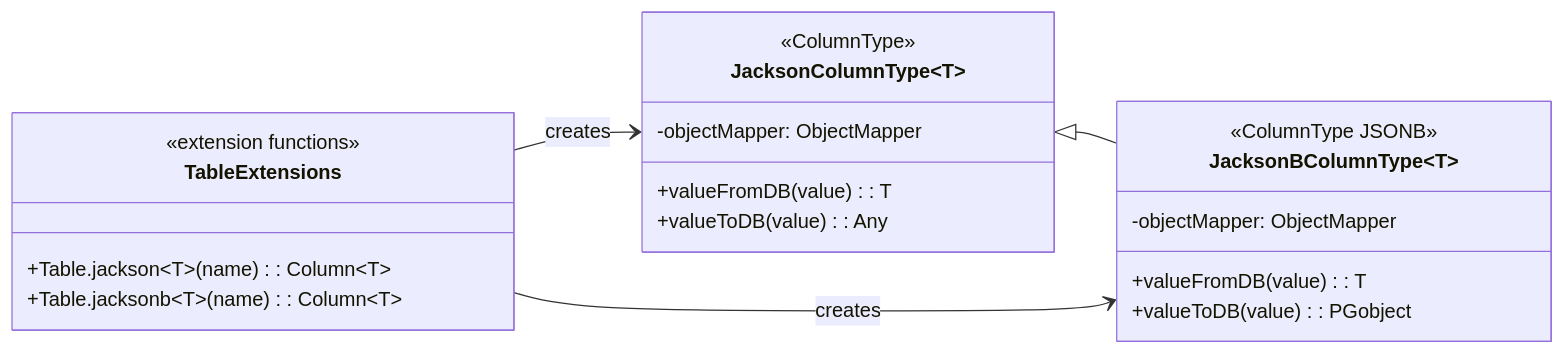
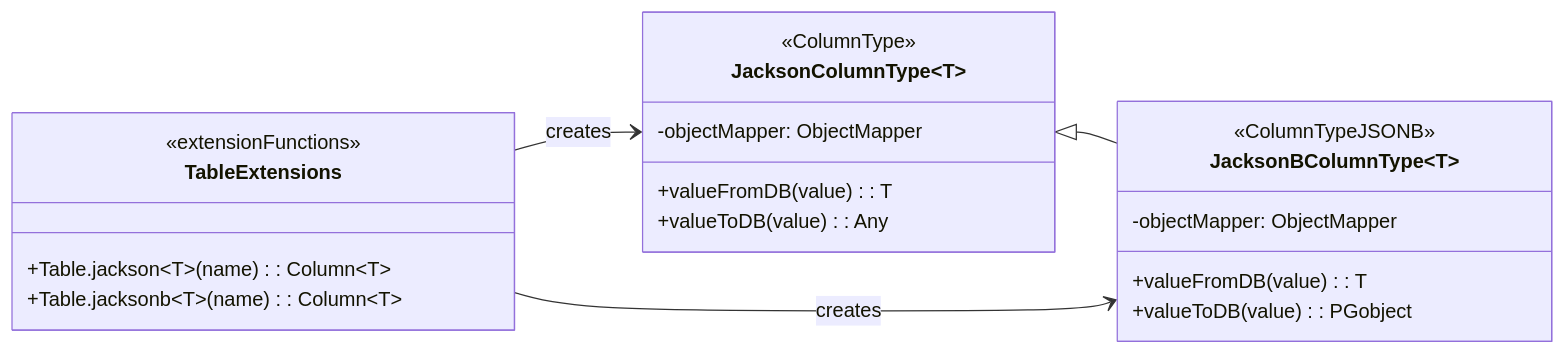
The first of 3 diagrams in data/exposed-jackson3/README.md (bluetape4k/bluetape4k-projects), drawn with Mermaid before and after one commit. The commit also changed other lines of this file and 95 other files, not shown here.

First line of the commit message:
docs: Mermaid 파서 오류 전체 수정 (IntelliJ IDEA 호환)

````diff
--- a/data/exposed-jackson3/README.md
+++ b/data/exposed-jackson3/README.md
@@ -115,30 +115,25 @@
 ```mermaid
 classDiagram
     direction LR
     class JacksonColumnType~T~ {
         <<ColumnType>>
         -objectMapper: ObjectMapper
         +valueFromDB(value): T
         +valueToDB(value): Any
     }
     class JacksonBColumnType~T~ {
-        <<ColumnType JSONB>>
+        <<ColumnTypeJSONB>>
         -objectMapper: ObjectMapper
         +valueFromDB(value): T
         +valueToDB(value): PGobject
     }
     class TableExtensions {
-        <<extension functions>>
+        <<extensionFunctions>>
         +Table.jackson~T~(name): Column~T~
         +Table.jacksonb~T~(name): Column~T~
     }
     JacksonColumnType <|-- JacksonBColumnType
     TableExtensions --> JacksonColumnType : creates
     TableExtensions --> JacksonBColumnType : creates
 
-    classDef tableStyle fill:#9C27B0
-    classDef serviceStyle fill:#4CAF50
-    class JacksonColumnType:::tableStyle
-    class JacksonBColumnType:::tableStyle
-    class TableExtensions:::serviceStyle
 ```
````
